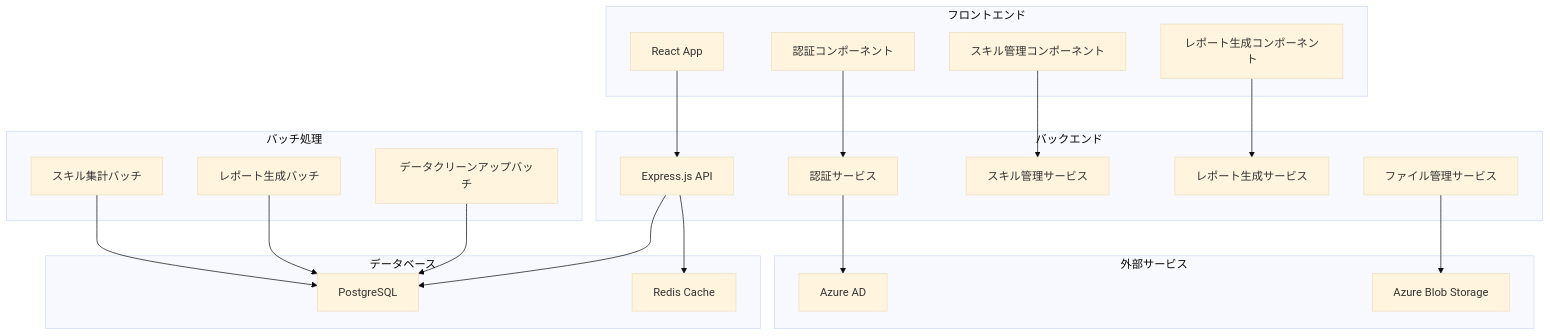
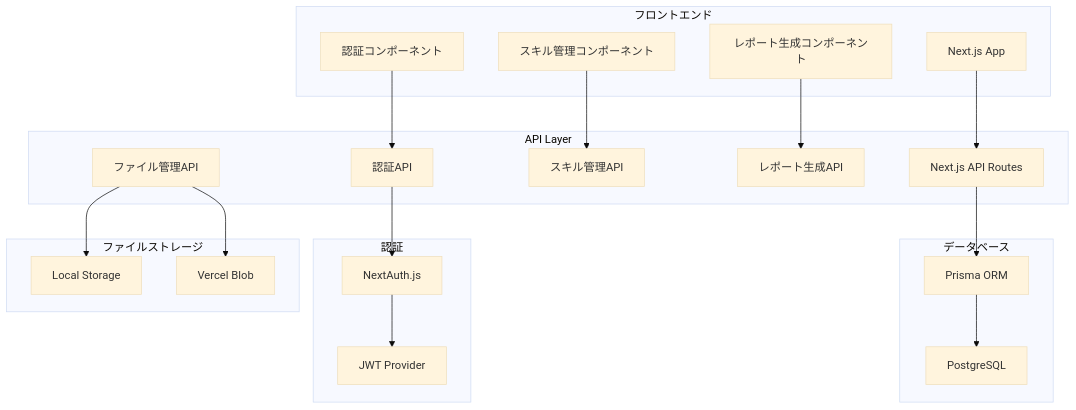
The diagram in docs/testing/04_統合テスト実装ガイド.md (sas-dx/skill-report-web), drawn with Mermaid (base theme) before and after one commit. The commit also changed other lines of this file and 9 other files, not shown here.

````diff
--- a/docs/testing/04_統合テスト実装ガイド.md
+++ b/docs/testing/04_統合テスト実装ガイド.md
@@ -35,45 +35,43 @@
 ```mermaid
 graph TB
     subgraph "フロントエンド"
-        A[React App]
+        A[Next.js App]
         B[認証コンポーネント]
         C[スキル管理コンポーネント]
         D[レポート生成コンポーネント]
     end
     
-    subgraph "バックエンド"
-        E[Express.js API]
-        F[認証サービス]
-        G[スキル管理サービス]
-        H[レポート生成サービス]
-        I[ファイル管理サービス]
+    subgraph "API Layer"
+        E[Next.js API Routes]
+        F[認証API]
+        G[スキル管理API]
+        H[レポート生成API]
+        I[ファイル管理API]
     end
     
     subgraph "データベース"
         J[PostgreSQL]
-        K[Redis Cache]
+        K[Prisma ORM]
     end
     
-    subgraph "外部サービス"
-        L[Azure AD]
-        M[Azure Blob Storage]
+    subgraph "認証"
+        L[NextAuth.js]
+        M[JWT Provider]
     end
     
-    subgraph "バッチ処理"
-        N[スキル集計バッチ]
-        O[レポート生成バッチ]
-        P[データクリーンアップバッチ]
+    subgraph "ファイルストレージ"
+        N[Local Storage]
+        O[Vercel Blob]
     end
     
     A --> E
     B --> F
     C --> G
     D --> H
-    E --> J
     E --> K
+    K --> J
     F --> L
-    I --> M
-    N --> J
-    O --> J
-    P --> J
+    L --> M
+    I --> N
+    I --> O
 ```
````
